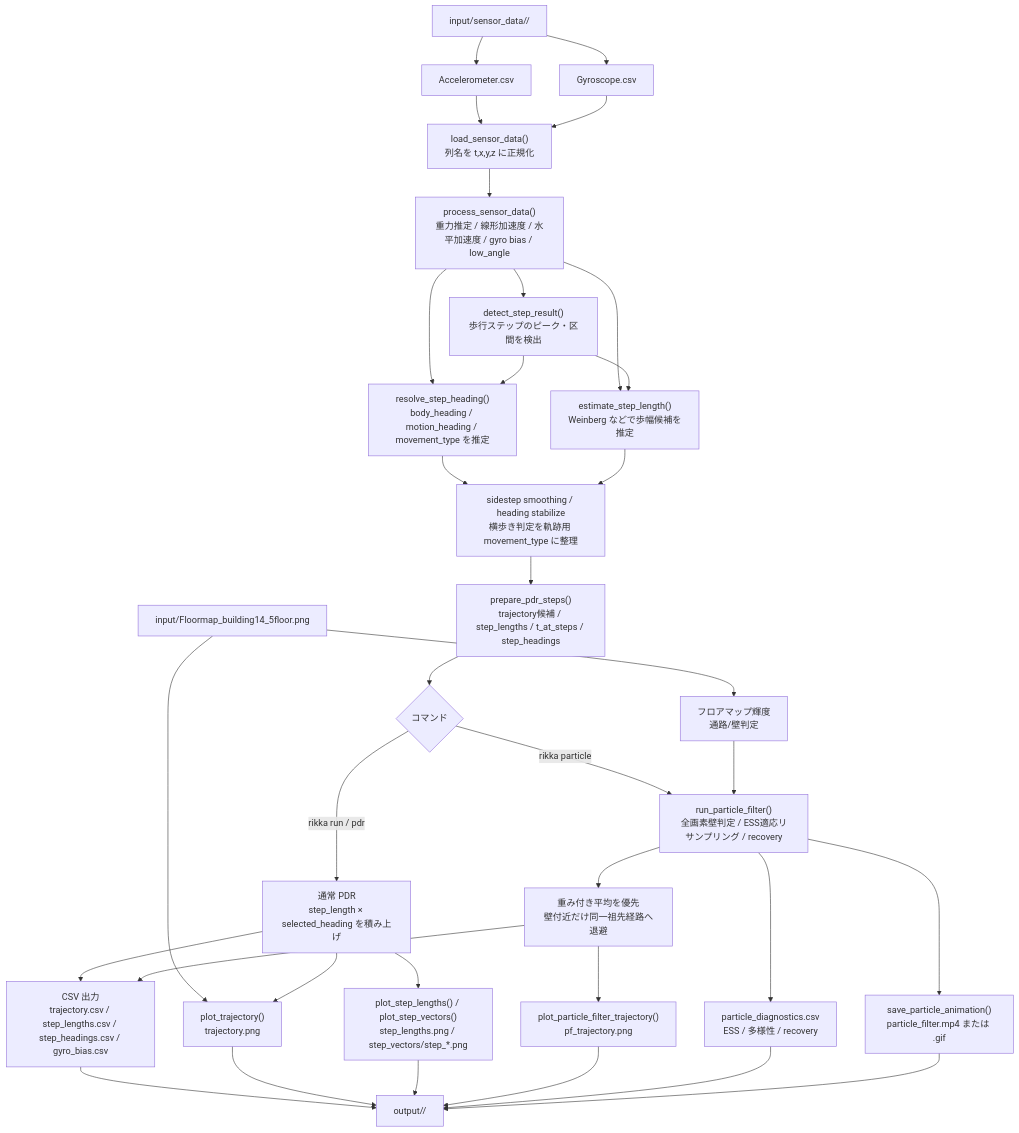
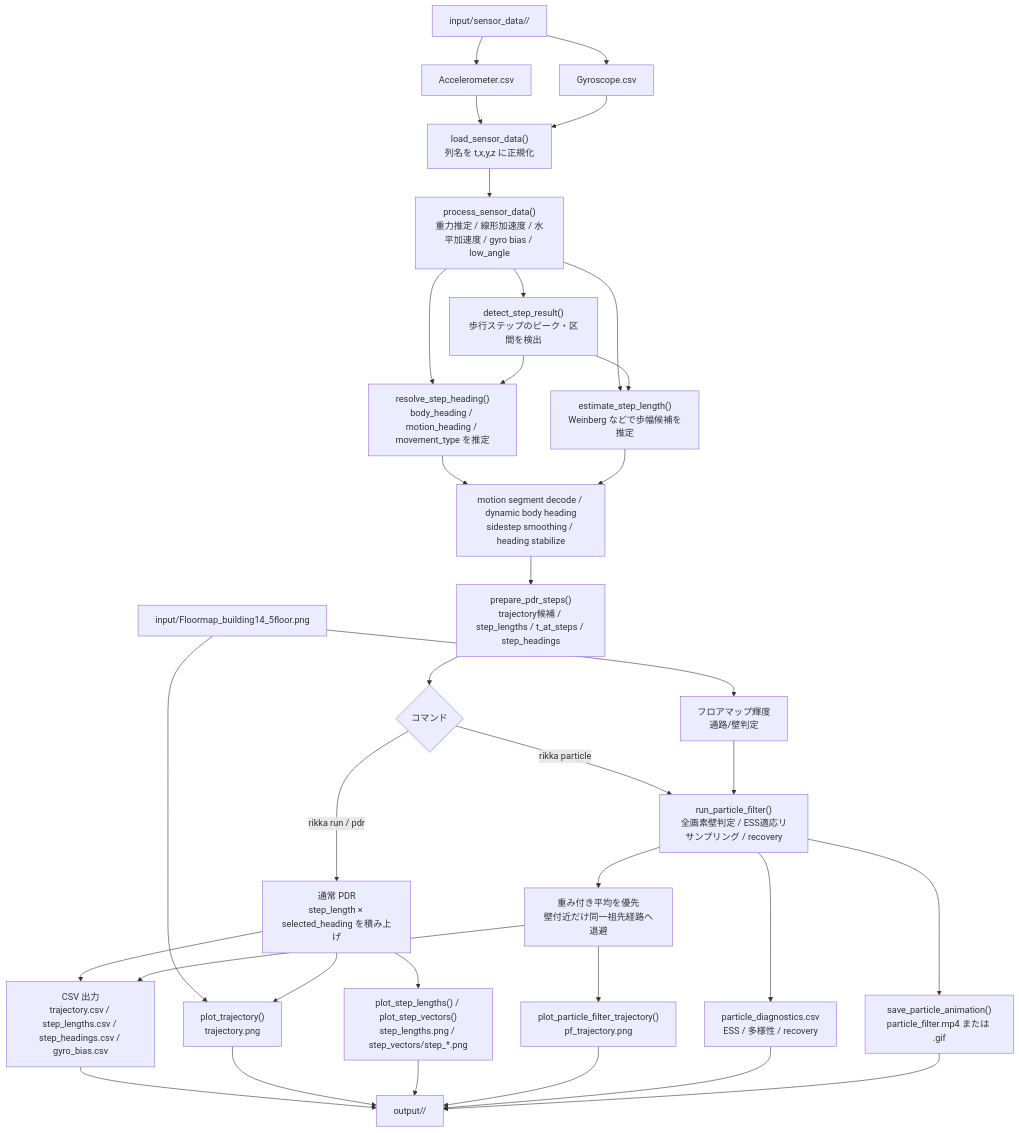
One commit to kajiLabTeam/rikka changed the first of 2 diagrams in README.md. Above: the diagram before and after it, drawn with Mermaid. The commit also changed other lines of this file and 14 other files, not shown here.

````diff
--- a/README.md
+++ b/README.md
@@ -111,43 +112,43 @@
 ```mermaid
 flowchart TD
     input_dir["input/sensor_data/<data_dir>/"] --> acc_csv["Accelerometer.csv"]
     input_dir --> gyro_csv["Gyroscope.csv"]
     floormap["input/Floormap_building14_5floor.png"] --> plot_pdr
     floormap --> pf_map
 
     acc_csv --> load["load_sensor_data()\n列名を t,x,y,z に正規化"]
     gyro_csv --> load
     load --> preprocess["process_sensor_data()\n重力推定 / 線形加速度 / 水平加速度 / gyro bias / low_angle"]
 
     preprocess --> step_detect["detect_step_result()\n歩行ステップのピーク・区間を検出"]
     preprocess --> heading["resolve_step_heading()\nbody_heading / motion_heading / movement_type を推定"]
     step_detect --> heading
     preprocess --> step_length["estimate_step_length()\nWeinberg などで歩幅候補を推定"]
     step_detect --> step_length
-    heading --> sidestep["sidestep smoothing / heading stabilize\n横歩き判定を軌跡用 movement_type に整理"]
+    heading --> sidestep["motion segment decode / dynamic body heading\nsidestep smoothing / heading stabilize"]
     step_length --> sidestep
     sidestep --> prepared["prepare_pdr_steps()\ntrajectory候補 / step_lengths / t_at_steps / step_headings"]
 
     prepared --> pdr_branch{"コマンド"}
     pdr_branch -->|rikka run / pdr| det_traj["通常 PDR\nstep_length × selected_heading を積み上げ"]
     pdr_branch -->|rikka particle| pf["run_particle_filter()\n全画素壁判定 / ESS適応リサンプリング / recovery"]
 
     pf_map["フロアマップ輝度\n通路/壁判定"] --> pf
     pf --> pf_path["重み付き平均を優先\n壁付近だけ同一祖先経路へ退避"]
 
     det_traj --> csv_common["CSV 出力\ntrajectory.csv / step_lengths.csv / step_headings.csv / gyro_bias.csv"]
     det_traj --> plot_pdr["plot_trajectory()\ntrajectory.png"]
     det_traj --> step_plots["plot_step_lengths() / plot_step_vectors()\nstep_lengths.png / step_vectors/step_*.png"]
 
     pf_path --> csv_common
     pf_path --> plot_pf["plot_particle_filter_trajectory()\npf_trajectory.png"]
     pf --> pf_diagnostics["particle_diagnostics.csv\nESS / 多様性 / recovery"]
     pf --> anim["save_particle_animation()\nparticle_filter.mp4 または .gif"]
 
     csv_common --> output_dir["output/<timestamp>/"]
     plot_pdr --> output_dir
     step_plots --> output_dir
     plot_pf --> output_dir
     pf_diagnostics --> output_dir
     anim --> output_dir
 ```
````
